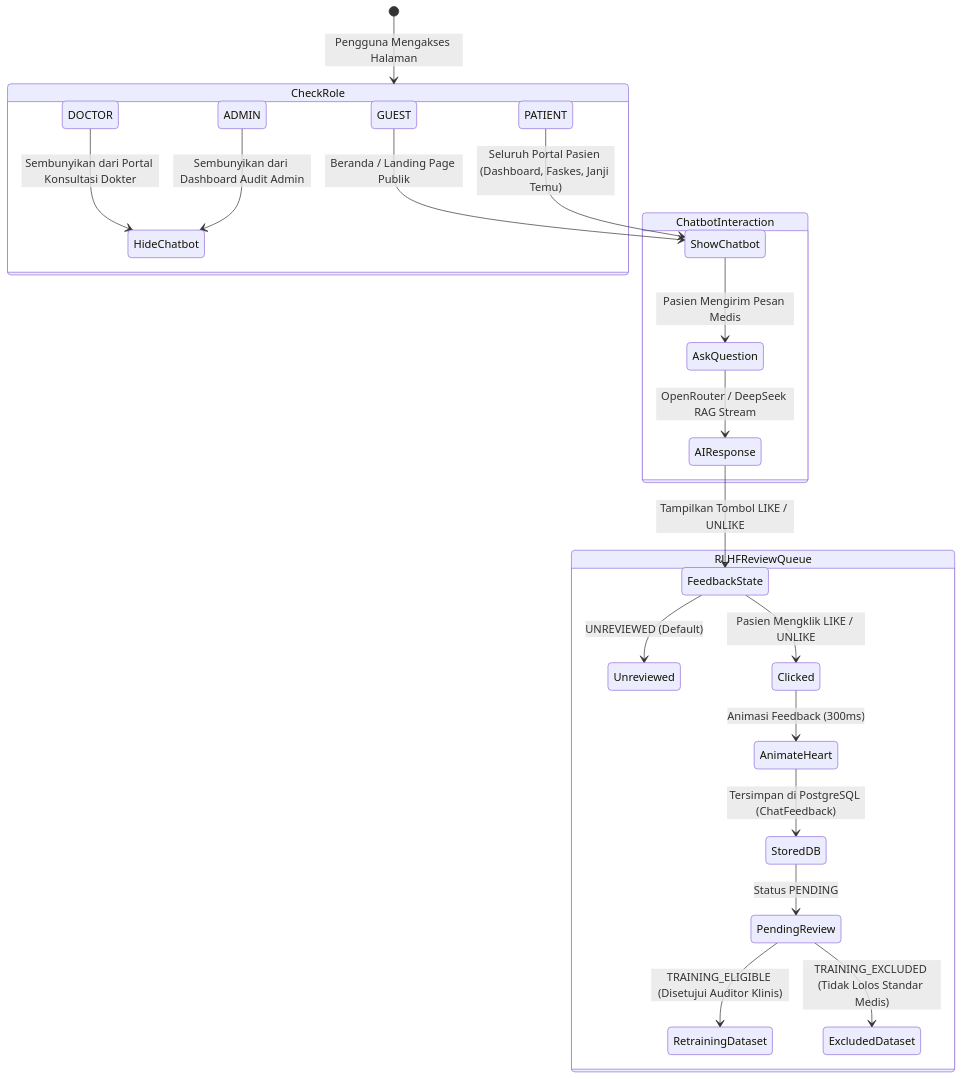
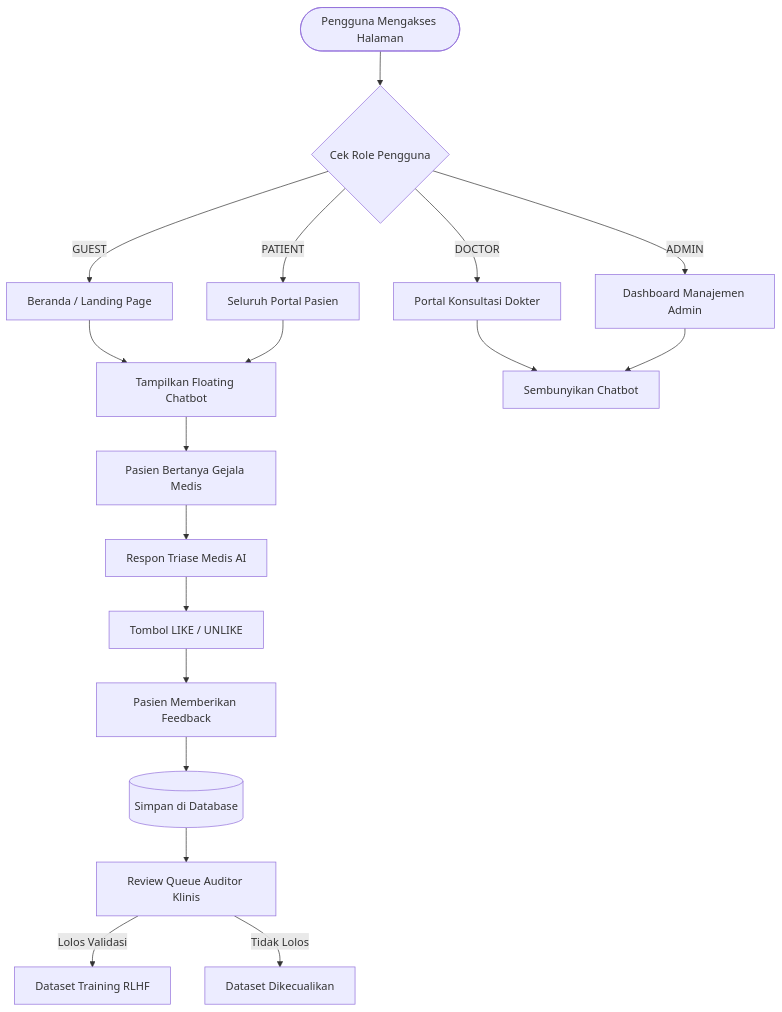
One commit to swandrax/sehat-kuat changed the fourth of 4 diagrams in README.md. Above: the diagram before and after it, drawn with Mermaid. The commit also changed other lines of this file, not shown here.

Commit message:
fix(docs): fix Mermaid syntax for GitHub renderer compatibility across all architecture diagrams

````diff
--- a/README.md
+++ b/README.md
@@ -144,27 +141,19 @@
 ```mermaid
-stateDiagram-v2
-    [*] --> CheckRole: Pengguna Mengakses Halaman
+flowchart TD
+    User([Pengguna Mengakses Halaman]) --> RoleCheck{Cek Role Pengguna}
+    
+    RoleCheck -->|GUEST| PublicPage[Beranda / Landing Page] --> ShowBot[Tampilkan Floating Chatbot]
+    RoleCheck -->|PATIENT| PatientPortal[Seluruh Portal Pasien] --> ShowBot
+    RoleCheck -->|DOCTOR| DoctorPortal[Portal Konsultasi Dokter] --> HideBot[Sembunyikan Chatbot]
+    RoleCheck -->|ADMIN| AdminPortal[Dashboard Manajemen Admin] --> HideBot
 
-    state CheckRole {
-        GUEST --> ShowChatbot: Beranda / Landing Page Publik
-        PATIENT --> ShowChatbot: Seluruh Portal Pasien (Dashboard, Faskes, Janji Temu)
-        DOCTOR --> HideChatbot: Sembunyikan dari Portal Konsultasi Dokter
-        ADMIN --> HideChatbot: Sembunyikan dari Dashboard Audit Admin
-    }
-
-    state ChatbotInteraction {
-        ShowChatbot --> AskQuestion: Pasien Mengirim Pesan Medis
-        AskQuestion --> AIResponse: OpenRouter / DeepSeek RAG Stream
-        AIResponse --> FeedbackState: Tampilkan Tombol LIKE / UNLIKE
-    }
-
-    state RLHFReviewQueue {
-        FeedbackState --> Unreviewed: UNREVIEWED (Default)
-        FeedbackState --> Clicked: Pasien Mengklik LIKE / UNLIKE
-        Clicked --> AnimateHeart: Animasi Feedback (300ms)
-        AnimateHeart --> StoredDB: Tersimpan di PostgreSQL (ChatFeedback)
-        StoredDB --> PendingReview: Status PENDING
-        PendingReview --> RetrainingDataset: TRAINING_ELIGIBLE (Disetujui Auditor Klinis)
-        PendingReview --> ExcludedDataset: TRAINING_EXCLUDED (Tidak Lolos Standar Medis)
-    }
+    ShowBot --> AskMsg[Pasien Bertanya Gejala Medis]
+    AskMsg --> AIResp[Respon Triase Medis AI]
+    AIResp --> Feedback[Tombol LIKE / UNLIKE]
+    
+    Feedback --> Click[Pasien Memberikan Feedback]
+    Click --> SaveDB[(Simpan di Database)]
+    SaveDB --> ReviewQueue[Review Queue Auditor Klinis]
+    ReviewQueue -->|Lolos Validasi| Retrain[Dataset Training RLHF]
+    ReviewQueue -->|Tidak Lolos| Exclude[Dataset Dikecualikan]
 ```
````
